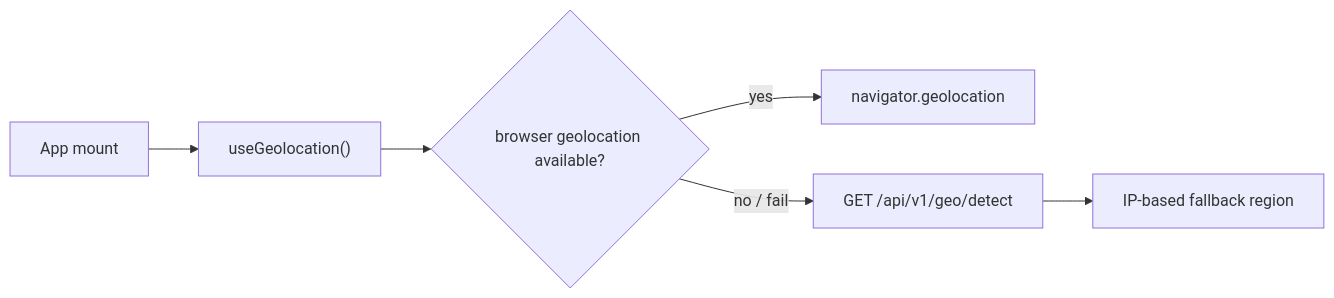
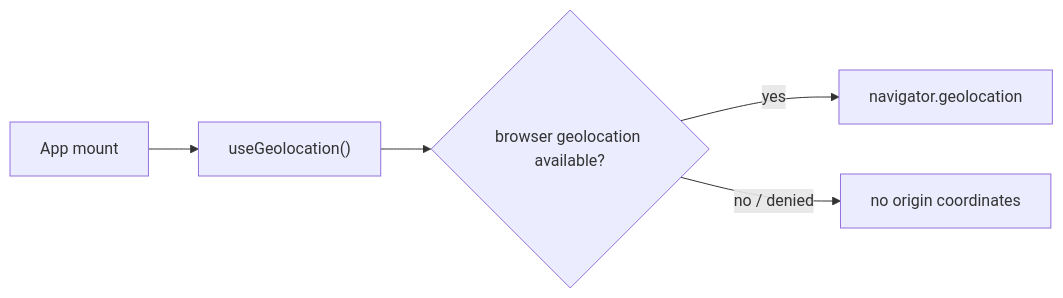
The fourth of 7 diagrams in docs/WEB_CODE_GRAPH.md (prasadnitish/SproutRoute), drawn with Mermaid before and after one commit. The commit also changed other lines of this file and 8 other files, not shown here.

````diff
--- a/docs/WEB_CODE_GRAPH.md
+++ b/docs/WEB_CODE_GRAPH.md
@@ -116,8 +116,7 @@
 ```mermaid
 flowchart LR
     A["App mount"] --> B["useGeolocation()"]
     B --> C{"browser geolocation available?"}
     C -->|yes| D["navigator.geolocation"]
-    C -->|no / fail| E["GET /api/v1/geo/detect"]
-    E --> F["IP-based fallback region"]
+    C -->|no / denied| E["no origin coordinates"]
 ```
````
